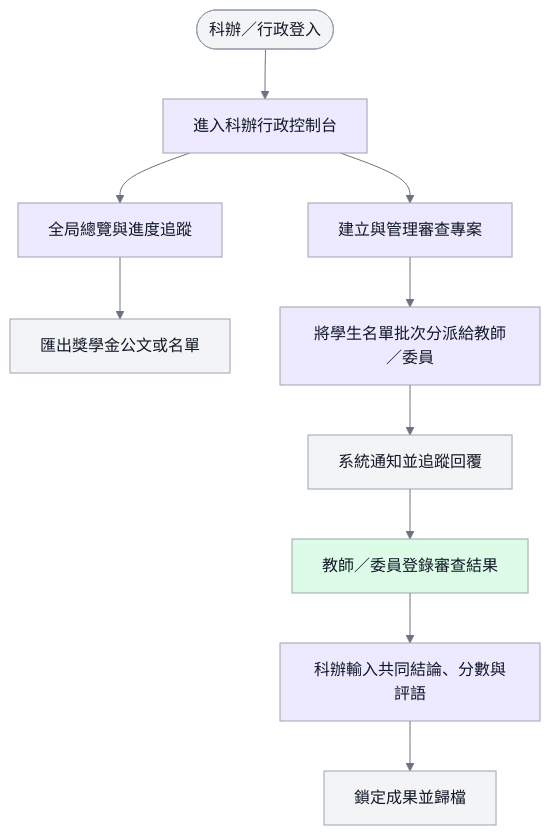
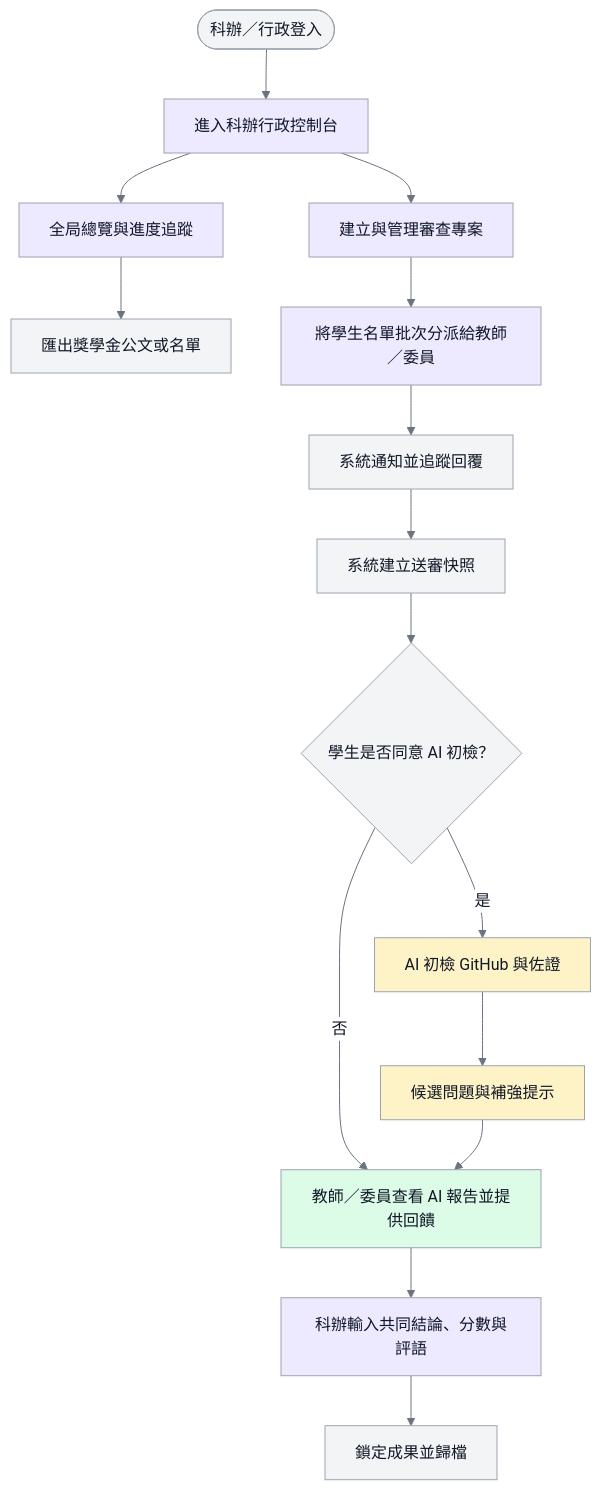
Before and after one commit to vujhdcusa/1028: the fourth of 9 diagrams in docs/04_圖表與介面/diagrams.md, drawn with Mermaid. The commit also changed other lines of this file and 93 other files, not shown here.

````diff
--- a/docs/04_圖表與介面/diagrams.md
+++ b/docs/04_圖表與介面/diagrams.md
@@ -99,17 +121,23 @@
 ```mermaid
 %%{init: {'theme':'base','themeVariables': {'fontFamily':'Microsoft JhengHei, Noto Sans TC, Arial, sans-serif','primaryColor':'#F3F4F6','primaryTextColor':'#111827','primaryBorderColor':'#9CA3AF','lineColor':'#6B7280','edgeLabelBackground':'#FFFFFF'}}}%%
 flowchart TD
     classDef staff fill:#EDE9FE,stroke:#9CA3AF,color:#111827,stroke-width:1px;
     classDef teacher fill:#DCFCE7,stroke:#9CA3AF,color:#111827,stroke-width:1px;
     classDef system fill:#F3F4F6,stroke:#9CA3AF,color:#111827,stroke-width:1px;
+    classDef ai fill:#FEF3C7,stroke:#9CA3AF,color:#111827,stroke-width:1px;
 
     Start([科辦／行政登入]) --> Dashboard[進入科辦行政控制台]:::staff
     Dashboard --> Track[全局總覽與進度追蹤]:::staff
     Track --> Export[匯出獎學金公文或名單]:::system
     Dashboard --> Project[建立與管理審查專案]:::staff
     Project --> Assign[將學生名單批次分派給教師／委員]:::staff
     Assign --> Notify[系統通知並追蹤回覆]:::system
-    Notify --> Review[教師／委員登錄審查結果]:::teacher
+    Notify --> Snapshot[系統建立送審快照]:::system
+    Snapshot --> Consent{學生是否同意 AI 初檢？}
+    Consent -- 是 --> AICheck[AI 初檢 GitHub 與佐證]:::ai
+    Consent -- 否 --> Review
+    AICheck --> AIReport[候選問題與補強提示]:::ai
+    AIReport --> Review[教師／委員查看 AI 報告並提供回饋]:::teacher
     Review --> Result[科辦輸入共同結論、分數與評語]:::staff
     Result --> Lock[鎖定成果並歸檔]:::system
 ```
````
